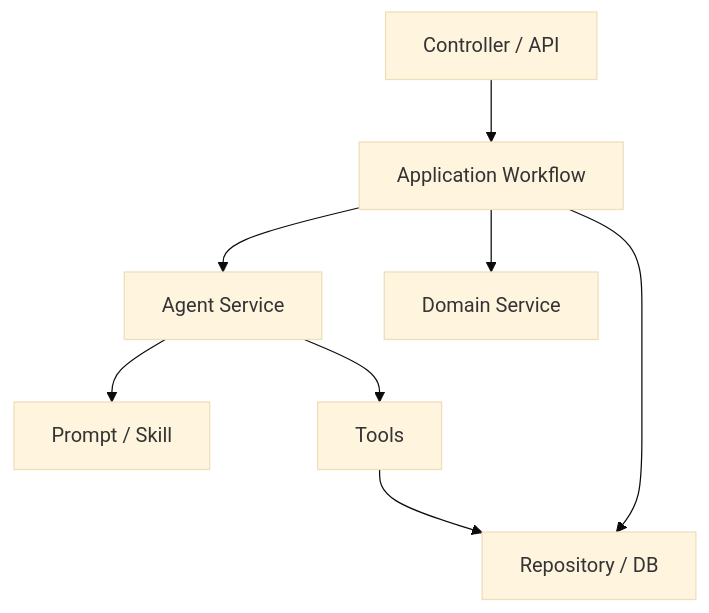
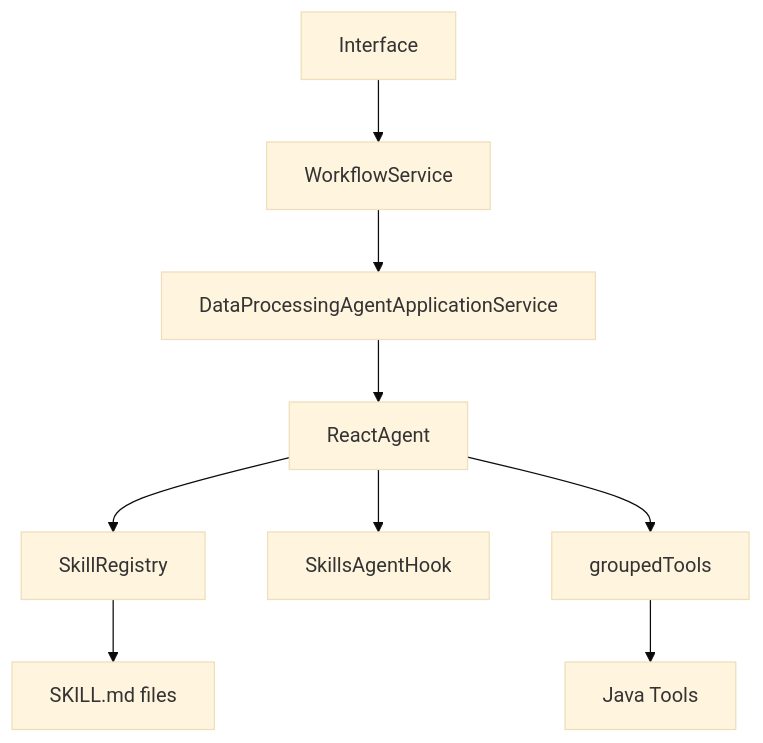
The diagram in SPRING_AI_ALIBABA_INTRO_QUICKSTART_CN.md (yy-am/data_process_java), drawn with Mermaid (base theme) before and after one commit. The commit also changed other lines of this file and 70 other files, not shown here.

Commit message:
Add data processing Java application

````diff
--- a/SPRING_AI_ALIBABA_INTRO_QUICKSTART_CN.md
+++ b/SPRING_AI_ALIBABA_INTRO_QUICKSTART_CN.md
@@ -262,10 +77,11 @@
 ```mermaid
 flowchart TB
-    A["Controller / API"] --> B["Application Workflow"]
-    B --> C["Agent Service"]
-    C --> D["Prompt / Skill"]
-    C --> E["Tools"]
-    B --> F["Domain Service"]
-    B --> G["Repository / DB"]
-    E --> G
+    A["Interface"] --> B["WorkflowService"]
+    B --> C["DataProcessingAgentApplicationService"]
+    C --> D["ReactAgent"]
+    D --> E["SkillRegistry"]
+    D --> F["SkillsAgentHook"]
+    D --> G["groupedTools"]
+    G --> H["Java Tools"]
+    E --> I["SKILL.md files"]
 ```
````
